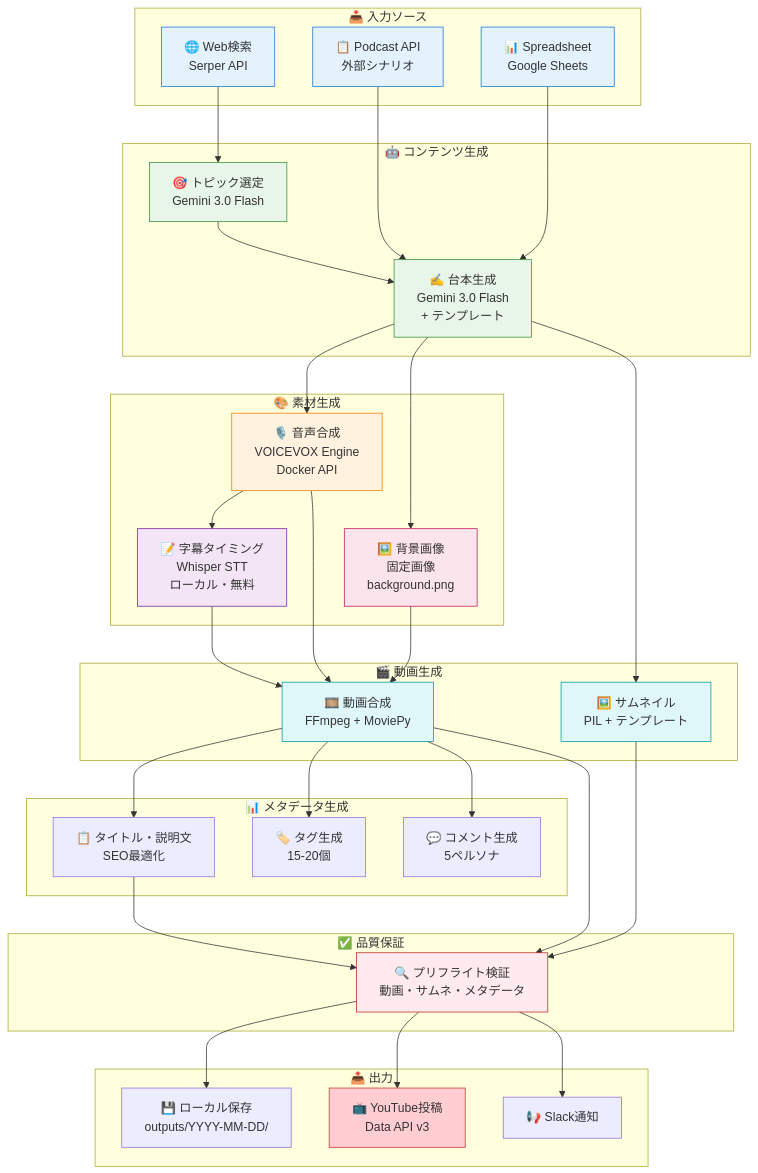
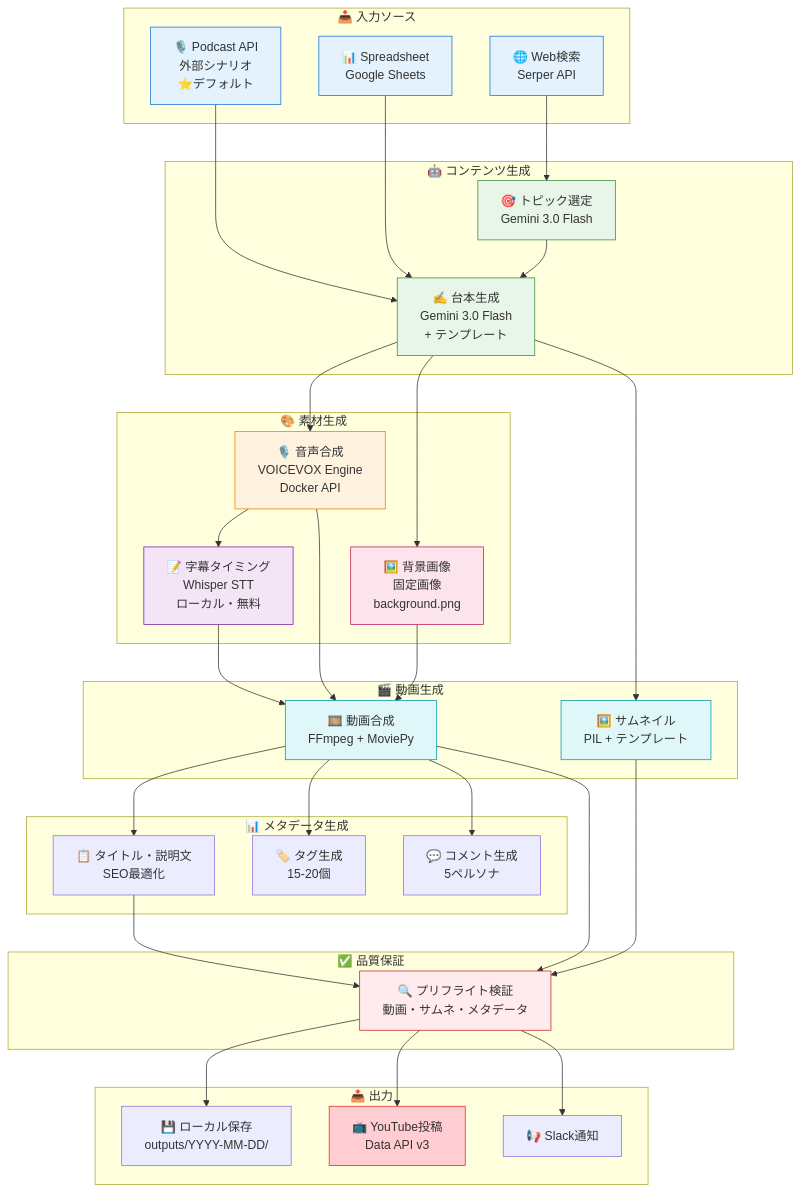
Before and after one commit to takezou621/ai-video-bot: the first of 2 diagrams in README.md, drawn with Mermaid. The commit also changed other lines of this file and 3 other files, not shown here.

First line of the commit message:
feat: enable Podcast API as default input source

````diff
--- a/README.md
+++ b/README.md
@@ -112,81 +117,81 @@
 ```mermaid
 flowchart TB
     subgraph Input["📥 入力ソース"]
-        A1[🌐 Web検索<br/>Serper API]
-        A2[📋 Podcast API<br/>外部シナリオ]
-        A3[📊 Spreadsheet<br/>Google Sheets]
+        A1[🎙️ Podcast API<br/>外部シナリオ<br/>⭐デフォルト]
+        A2[📊 Spreadsheet<br/>Google Sheets]
+        A3[🌐 Web検索<br/>Serper API]
     end
 
     subgraph ContentGen["🤖 コンテンツ生成"]
         B1[🎯 トピック選定<br/>Gemini 3.0 Flash]
         B2[✍️ 台本生成<br/>Gemini 3.0 Flash<br/>+ テンプレート]
     end
 
     subgraph AssetGen["🎨 素材生成"]
         C1[🎙️ 音声合成<br/>VOICEVOX Engine<br/>Docker API]
         C2[🖼️ 背景画像<br/>固定画像<br/>background.png]
         C3[📝 字幕タイミング<br/>Whisper STT<br/>ローカル・無料]
     end
 
     subgraph VideoGen["🎬 動画生成"]
         D1[🎞️ 動画合成<br/>FFmpeg + MoviePy]
         D2[🖼️ サムネイル<br/>PIL + テンプレート]
     end
 
     subgraph MetaGen["📊 メタデータ生成"]
         E1[📋 タイトル・説明文<br/>SEO最適化]
         E2[🏷️ タグ生成<br/>15-20個]
         E3[💬 コメント生成<br/>5ペルソナ]
     end
 
     subgraph QA["✅ 品質保証"]
         F1[🔍 プリフライト検証<br/>動画・サムネ・メタデータ]
     end
 
     subgraph Output["📤 出力"]
         G1[💾 ローカル保存<br/>outputs/YYYY-MM-DD/]
         G2[📺 YouTube投稿<br/>Data API v3]
         G3[📢 Slack通知]
     end
 
     %% Flow connections
-    A1 --> B1
+    A1 --> B2
     A2 --> B2
-    A3 --> B2
+    A3 --> B1
     B1 --> B2
 
     B2 --> C1
     B2 --> C2
     C1 --> C3
 
     C1 --> D1
     C2 --> D1
     C3 --> D1
     B2 --> D2
 
     D1 --> E1
     D1 --> E2
     D1 --> E3
 
     D1 --> F1
     D2 --> F1
     E1 --> F1
 
     F1 --> G1
     F1 --> G2
     F1 --> G3
 
     %% Styling
     style A1 fill:#e3f2fd,stroke:#1976d2
     style A2 fill:#e3f2fd,stroke:#1976d2
     style A3 fill:#e3f2fd,stroke:#1976d2
     style B1 fill:#e8f5e9,stroke:#388e3c
     style B2 fill:#e8f5e9,stroke:#388e3c
     style C1 fill:#fff3e0,stroke:#f57c00
     style C2 fill:#fce4ec,stroke:#c2185b
     style C3 fill:#f3e5f5,stroke:#7b1fa2
     style D1 fill:#e0f7fa,stroke:#0097a7
     style D2 fill:#e0f7fa,stroke:#0097a7
     style F1 fill:#ffebee,stroke:#c62828
     style G2 fill:#ffcdd2,stroke:#d32f2f
 ```
````
